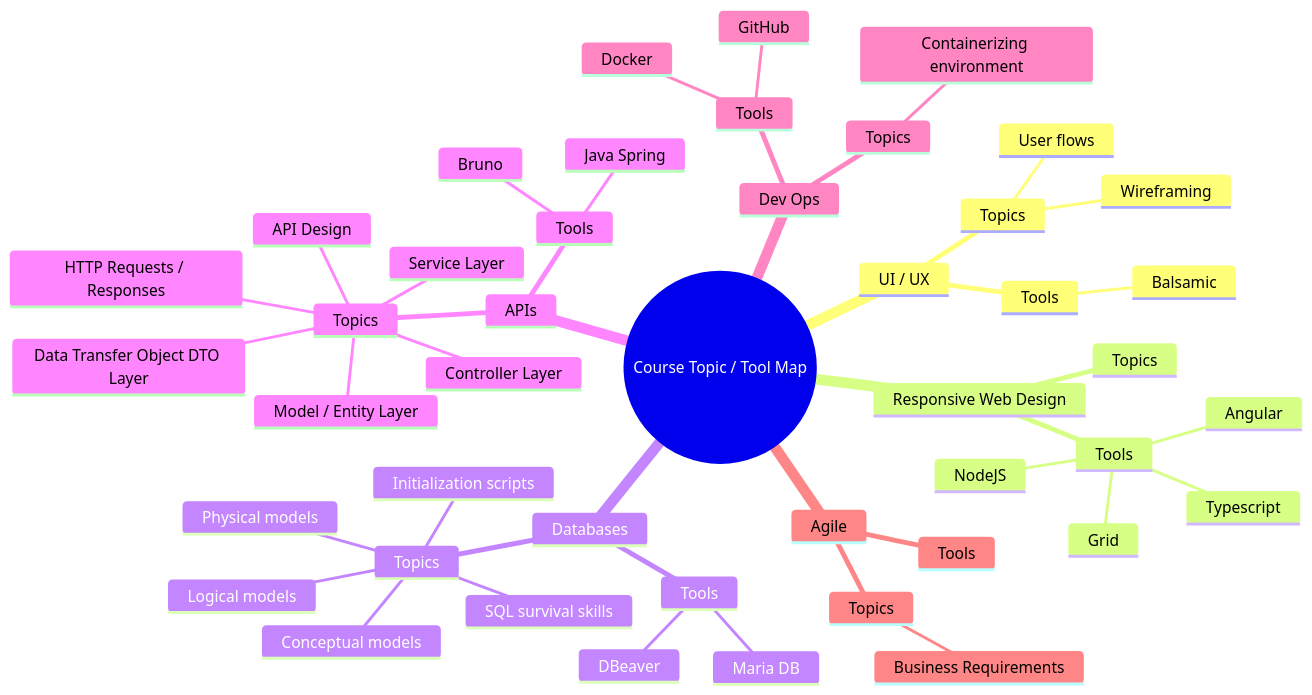
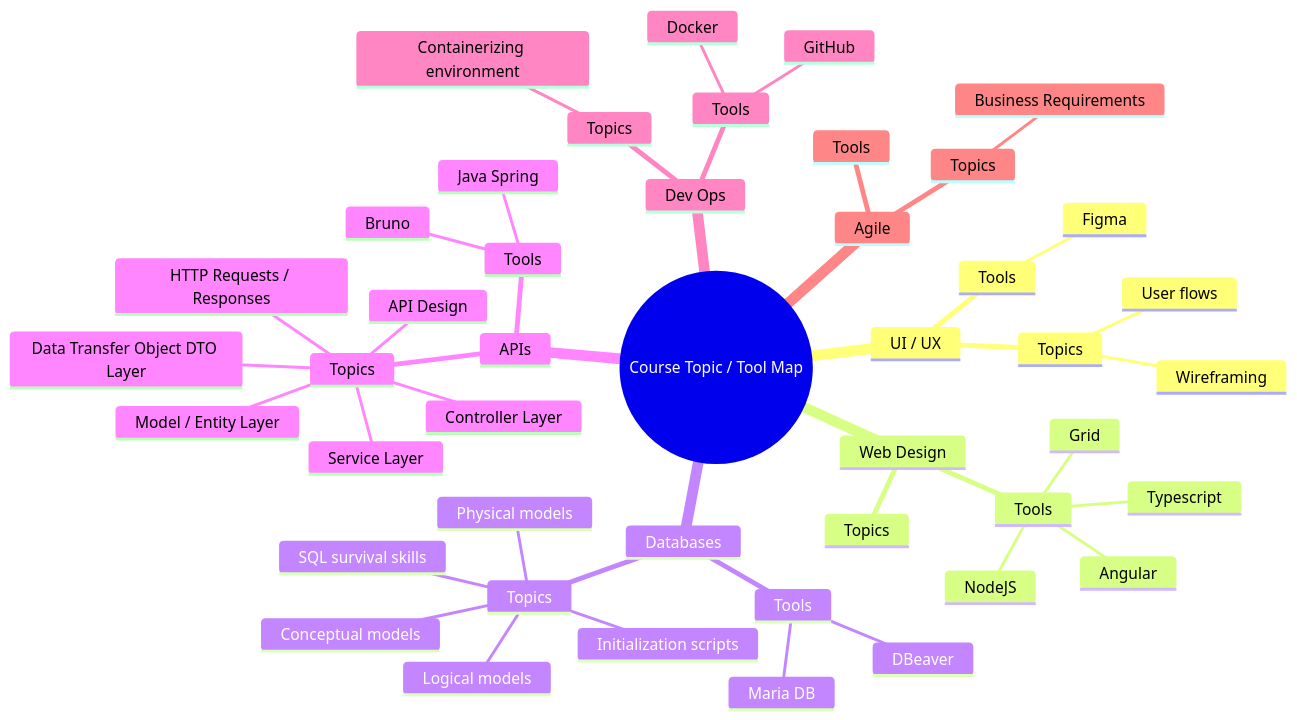
The diagram in toolmap.md (pattonsgirl/CS4900-AppSoftwareDev), drawn with Mermaid before and after one commit.

Commit message:
Balsamic to Figma

````diff
--- a/toolmap.md
+++ b/toolmap.md
@@ -1,48 +1,48 @@
 ```mermaid
 mindmap
   root((Course Topic / Tool Map))
     UI / UX
       Tools
-        Balsamic
+        Figma
       Topics
         User flows
         Wireframing
-    Responsive Web Design
+    Web Design
       Tools
         Angular
         Grid
         Typescript
         NodeJS
       Topics
     Databases
       Tools
         Maria DB
         DBeaver
       Topics
         Conceptual models
         Logical models
         Physical models
         Initialization scripts
         SQL survival skills
     APIs
       Tools
         Bruno
         Java Spring
       Topics
         HTTP Requests / Responses
         API Design
         Controller Layer
         Service Layer
         Data Transfer Object DTO Layer
         Model / Entity Layer
     Dev Ops
       Tools
         GitHub
         Docker
       Topics
         Containerizing environment
     Agile
       Tools
       Topics
         Business Requirements
 ```
````
